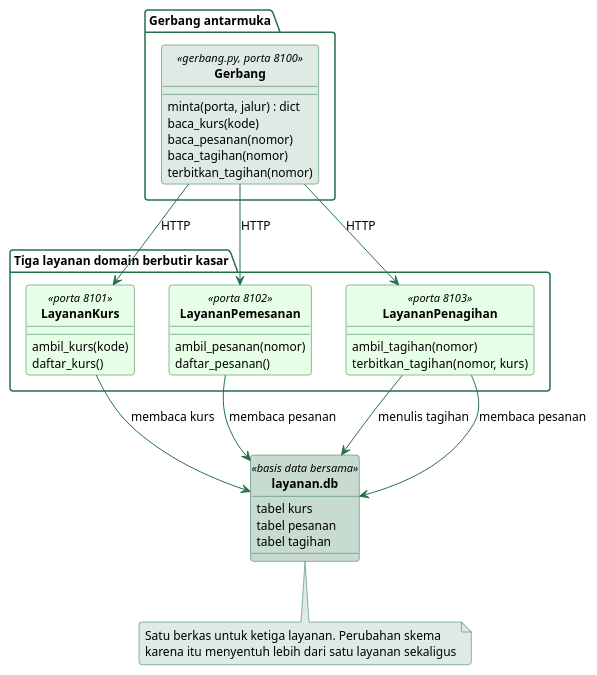
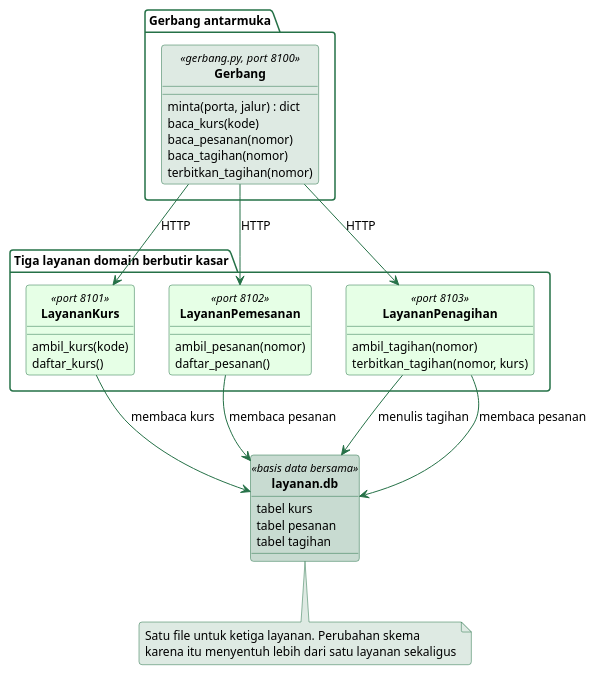
Before and after one commit to alfa-yohannis/software-architecture: the diagram in sources/chapter11/diagram/kelas-layanan.puml, drawn with PlantUML. The commit also changed other lines of this file and 71 other files, not shown here.

```diff
--- a/sources/chapter11/diagram/kelas-layanan.puml
+++ b/sources/chapter11/diagram/kelas-layanan.puml
@@ -14,74 +14,74 @@
 @startuml
 skinparam backgroundColor transparent
 skinparam defaultFontName Titillium Web
 skinparam defaultFontSize 13
 skinparam shadowing false
 skinparam roundCorner 6
 skinparam classAttributeIconSize 0
 skinparam classFontStyle bold
 skinparam ArrowColor #257147
 skinparam ArrowFontSize 12
 skinparam class {
   BorderColor #257147
   BackgroundColor #EBEBFF
   FontColor black
   AttributeFontSize 12
   StereotypeFontSize 11
 }
 skinparam package {
   BorderColor #257147
   BackgroundColor transparent
   FontColor black
   FontSize 12
 }
 skinparam note {
   BackgroundColor #DEEAE3
   BorderColor #257147
   FontSize 12
 }
 hide circle
 
 package "Gerbang antarmuka" {
-  class Gerbang <<gerbang.py, porta 8100>> #DEEAE3 {
+  class Gerbang <<gerbang.py, port 8100>> #DEEAE3 {
     minta(porta, jalur) : dict
     baca_kurs(kode)
     baca_pesanan(nomor)
     baca_tagihan(nomor)
     terbitkan_tagihan(nomor)
   }
 }
 
 package "Tiga layanan domain berbutir kasar" {
-  class LayananKurs <<porta 8101>> #E6FFE6 {
+  class LayananKurs <<port 8101>> #E6FFE6 {
     ambil_kurs(kode)
     daftar_kurs()
   }
-  class LayananPemesanan <<porta 8102>> #E6FFE6 {
+  class LayananPemesanan <<port 8102>> #E6FFE6 {
     ambil_pesanan(nomor)
     daftar_pesanan()
   }
-  class LayananPenagihan <<porta 8103>> #E6FFE6 {
+  class LayananPenagihan <<port 8103>> #E6FFE6 {
     ambil_tagihan(nomor)
     terbitkan_tagihan(nomor, kurs)
   }
 }
 
 class "layanan.db" as BasisData <<basis data bersama>> #C8DBD1 {
   tabel kurs
   tabel pesanan
   tabel tagihan
 }
 
 Gerbang -down-> LayananKurs : HTTP
 Gerbang -down-> LayananPemesanan : HTTP
 Gerbang -down-> LayananPenagihan : HTTP
 LayananKurs -down-> BasisData : membaca kurs
 LayananPemesanan -down-> BasisData : membaca pesanan
 LayananPenagihan -down-> BasisData : menulis tagihan
 LayananPenagihan -down-> BasisData : membaca pesanan
 
 note bottom of BasisData
-  Satu berkas untuk ketiga layanan. Perubahan skema
+  Satu file untuk ketiga layanan. Perubahan skema
   karena itu menyentuh lebih dari satu layanan sekaligus
 end note
 @enduml
```
